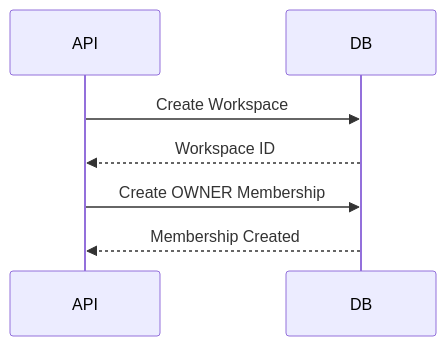
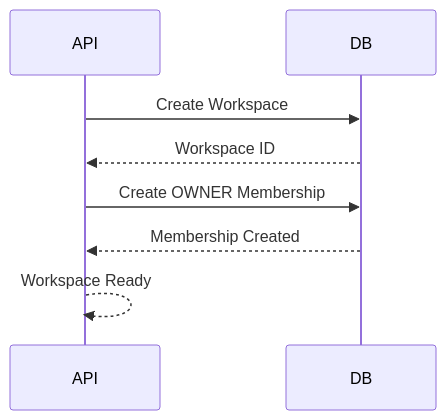
The sixth of 8 diagrams in docs/architecture/workspace/Workspace-Sequence.md (datnguyxn/LinkFlow), drawn with Mermaid before and after one commit. The commit also changed other lines of this file and 14 other files, not shown here.

Commit message:
docs(architecture): add workspace module documentation

````diff
--- a/docs/architecture/workspace/Workspace-Sequence.md
+++ b/docs/architecture/workspace/Workspace-Sequence.md
@@ -237,14 +245,16 @@
 ```mermaid
 sequenceDiagram
 
     participant API
     participant DB
 
     API->>DB: Create Workspace
 
     DB-->>API: Workspace ID
 
     API->>DB: Create OWNER Membership
 
     DB-->>API: Membership Created
+
+    API-->>API: Workspace Ready
 ```
````
